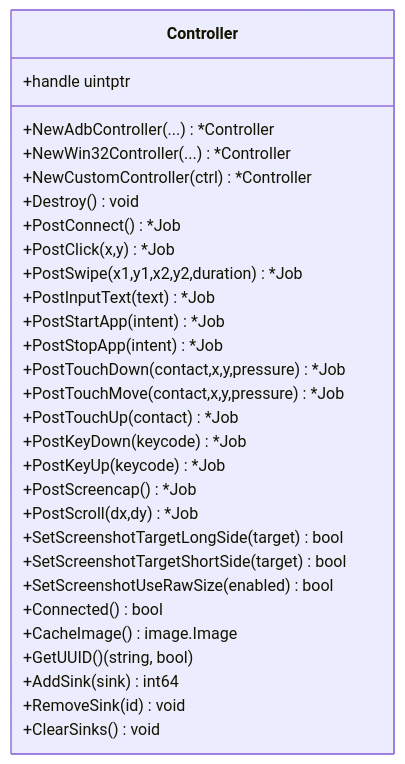
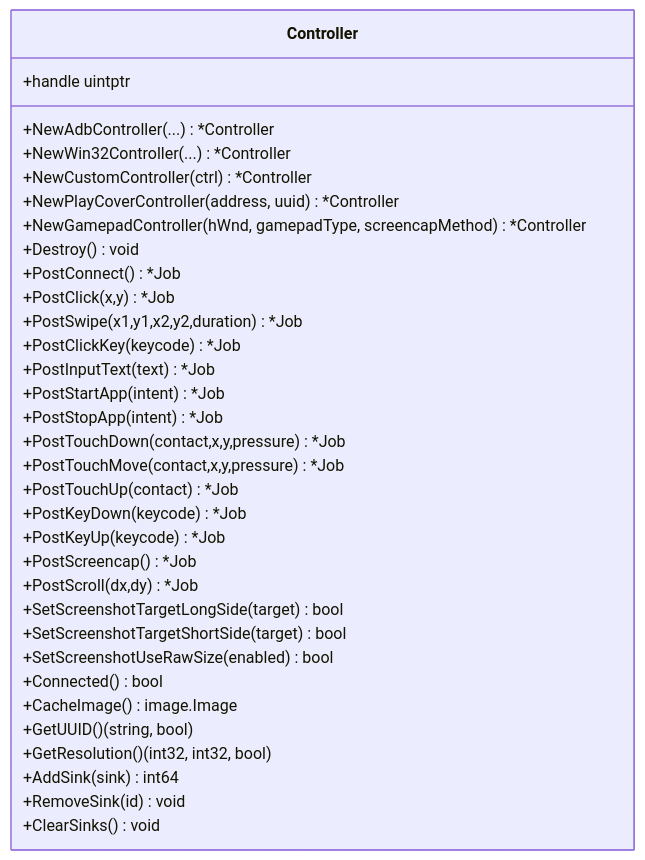
The fourth of 10 diagrams in .qoder/repowiki/zh/content/API 参考/maafw-golang API 参考.md (kqcoxn/MaaPipelineEditor), drawn with Mermaid before and after one commit. The commit also changed other lines of this file and 10 other files, not shown here.

````diff
--- a/.qoder/repowiki/zh/content/API 参考/maafw-golang API 参考.md
+++ b/.qoder/repowiki/zh/content/API 参考/maafw-golang API 参考.md
@@ -252,32 +245,36 @@
 ```mermaid
 classDiagram
 class Controller {
 +handle uintptr
 +NewAdbController(...) *Controller
 +NewWin32Controller(...) *Controller
 +NewCustomController(ctrl) *Controller
++NewPlayCoverController(address, uuid) *Controller
++NewGamepadController(hWnd, gamepadType, screencapMethod) *Controller
 +Destroy() void
 +PostConnect() *Job
 +PostClick(x,y) *Job
 +PostSwipe(x1,y1,x2,y2,duration) *Job
++PostClickKey(keycode) *Job
 +PostInputText(text) *Job
 +PostStartApp(intent) *Job
 +PostStopApp(intent) *Job
 +PostTouchDown(contact,x,y,pressure) *Job
 +PostTouchMove(contact,x,y,pressure) *Job
 +PostTouchUp(contact) *Job
 +PostKeyDown(keycode) *Job
 +PostKeyUp(keycode) *Job
 +PostScreencap() *Job
 +PostScroll(dx,dy) *Job
 +SetScreenshotTargetLongSide(target) bool
 +SetScreenshotTargetShortSide(target) bool
 +SetScreenshotUseRawSize(enabled) bool
 +Connected() bool
 +CacheImage() image.Image
 +GetUUID() (string, bool)
++GetResolution() (int32, int32, bool)
 +AddSink(sink) int64
 +RemoveSink(id) void
 +ClearSinks() void
 }
 ```
````
